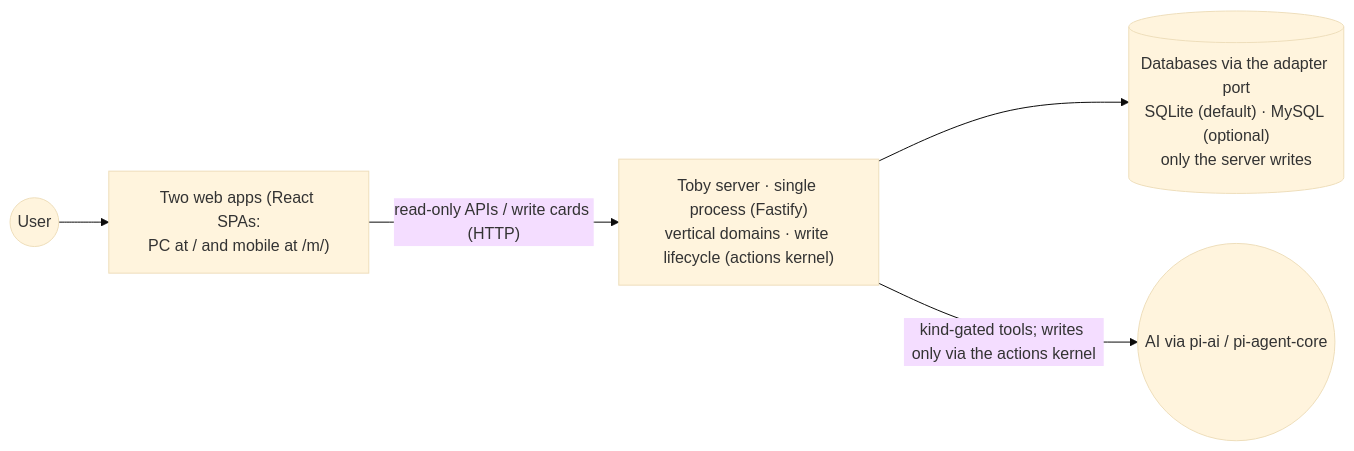
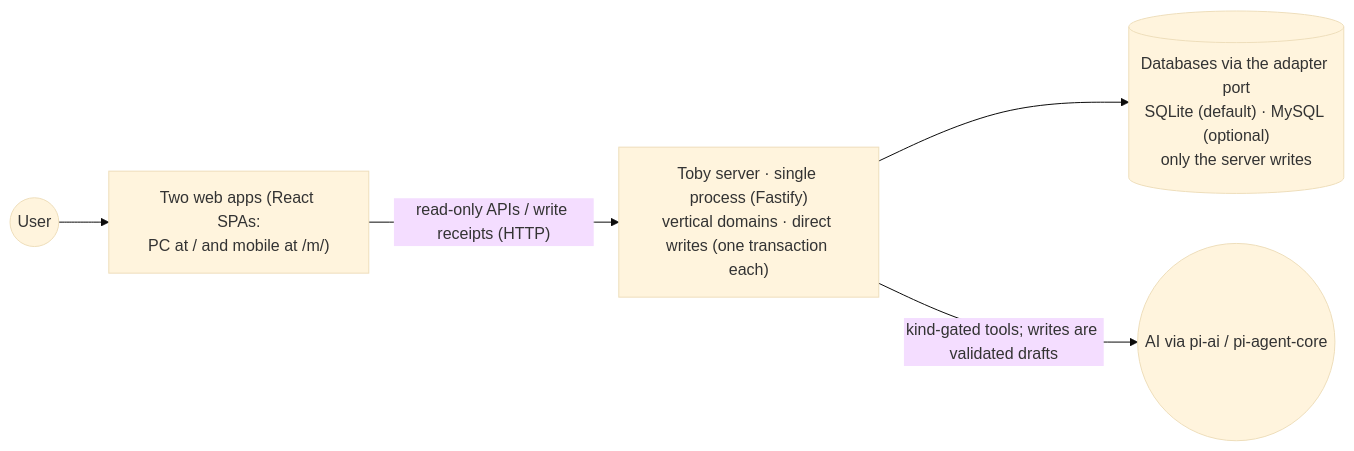
One commit to dengyusys/toby changed the first of 3 diagrams in docs/system-overview.md. Above: the diagram before and after it, drawn with Mermaid (base theme). The commit also changed other lines of this file and 86 other files, not shown here.

Commit message:
feat: adopt direct writes, retire actions kernel and revert

````diff
--- a/docs/system-overview.md
+++ b/docs/system-overview.md
@@ -23,7 +23,7 @@
 ```mermaid
 flowchart LR
     U(("User")) --> W["Two web apps (React SPAs:<br/>PC at / and mobile at /m/)"]
-    W -->|"read-only APIs / write cards (HTTP)"| S["Toby server · single process (Fastify)<br/>vertical domains · write lifecycle (actions kernel)"]
+    W -->|"read-only APIs / write receipts (HTTP)"| S["Toby server · single process (Fastify)<br/>vertical domains · direct writes (one transaction each)"]
     S --> DB[("Databases via the adapter port<br/>SQLite (default) · MySQL (optional)<br/>only the server writes")]
-    S -->|"kind-gated tools; writes only via the actions kernel"| AI(("AI via pi-ai / pi-agent-core"))
+    S -->|"kind-gated tools; writes are validated drafts"| AI(("AI via pi-ai / pi-agent-core"))
 ```
````
